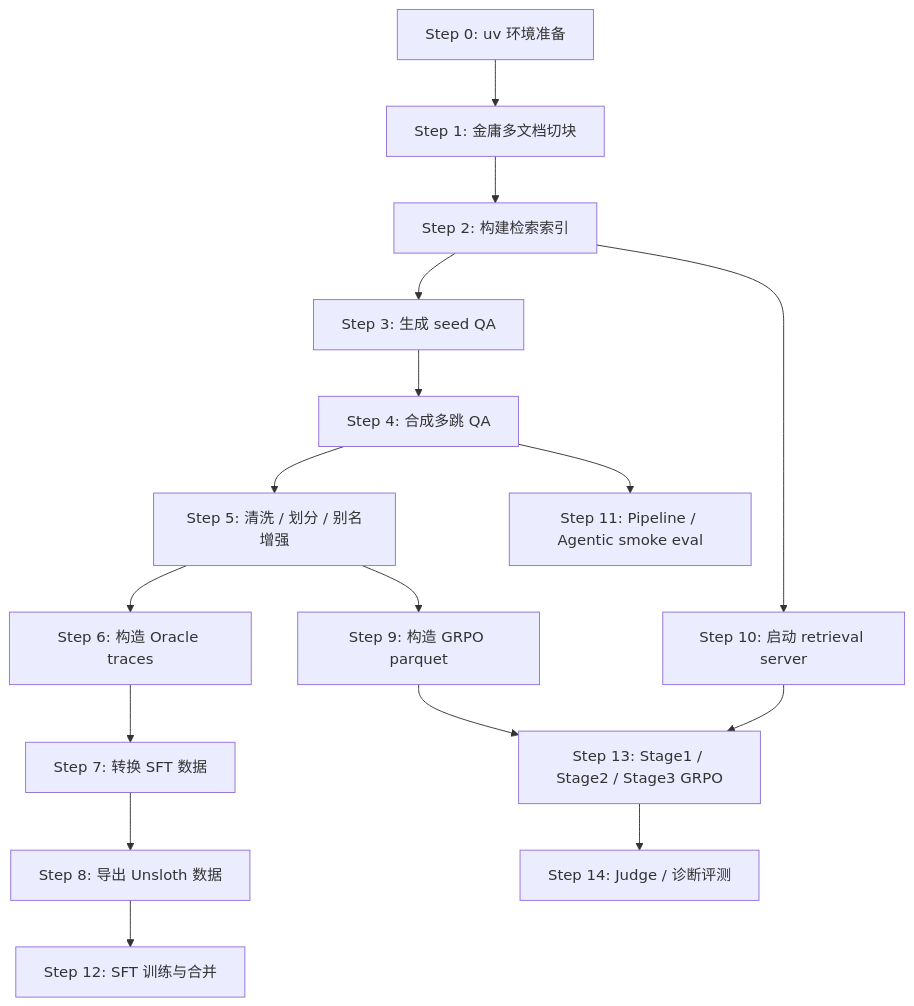
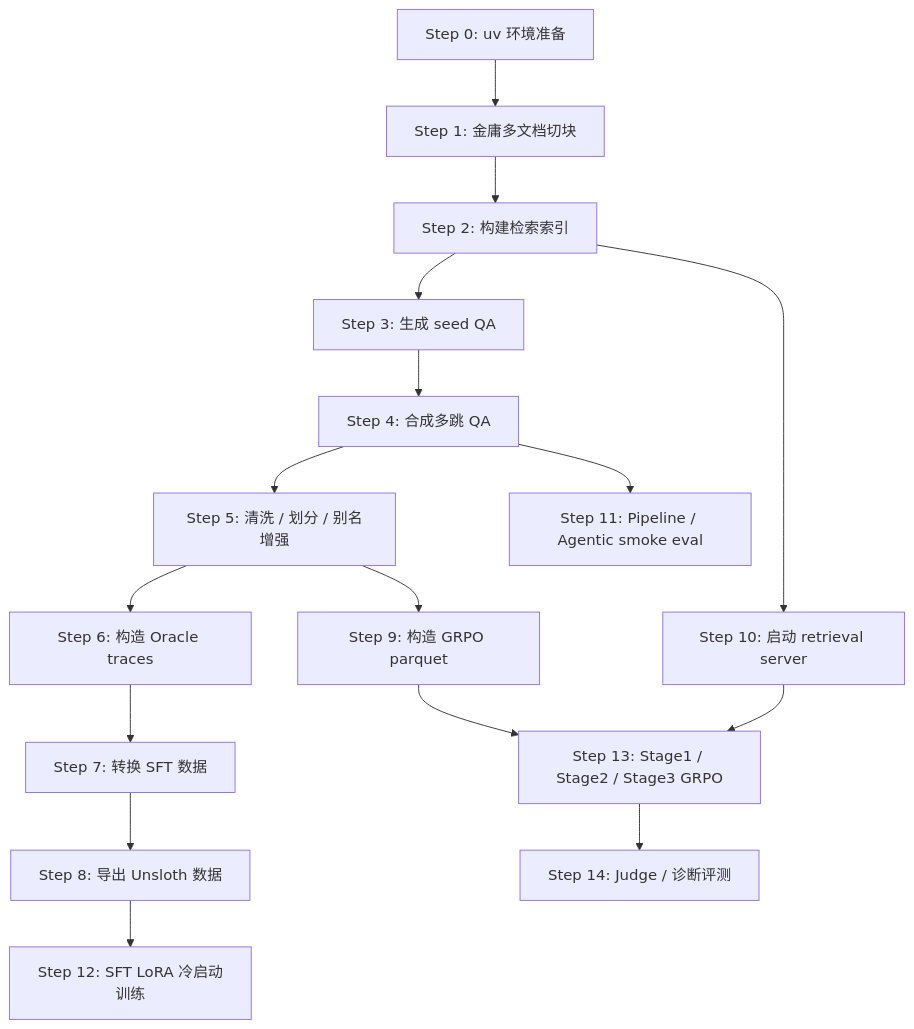
The first of 16 diagrams in demo/README.md (Lafinger/AgenticRAG-RL), drawn with Mermaid before and after one commit. The commit also changed other lines of this file, not shown here.

````diff
--- a/demo/README.md
+++ b/demo/README.md
@@ -38,18 +81,18 @@
 ```mermaid
 flowchart TD
     A["Step 0: uv 环境准备"] --> B["Step 1: 金庸多文档切块"]
     B --> C["Step 2: 构建检索索引"]
     C --> D["Step 3: 生成 seed QA"]
     D --> E["Step 4: 合成多跳 QA"]
     E --> F["Step 5: 清洗 / 划分 / 别名增强"]
     F --> G["Step 6: 构造 Oracle traces"]
     G --> H["Step 7: 转换 SFT 数据"]
     H --> I["Step 8: 导出 Unsloth 数据"]
     F --> J["Step 9: 构造 GRPO parquet"]
     C --> K["Step 10: 启动 retrieval server"]
     E --> L["Step 11: Pipeline / Agentic smoke eval"]
-    I --> M["Step 12: SFT 训练与合并"]
+    I --> M["Step 12: SFT LoRA 冷启动训练"]
     J --> N["Step 13: Stage1 / Stage2 / Stage3 GRPO"]
     K --> N
     N --> O["Step 14: Judge / 诊断评测"]
 ```
````
